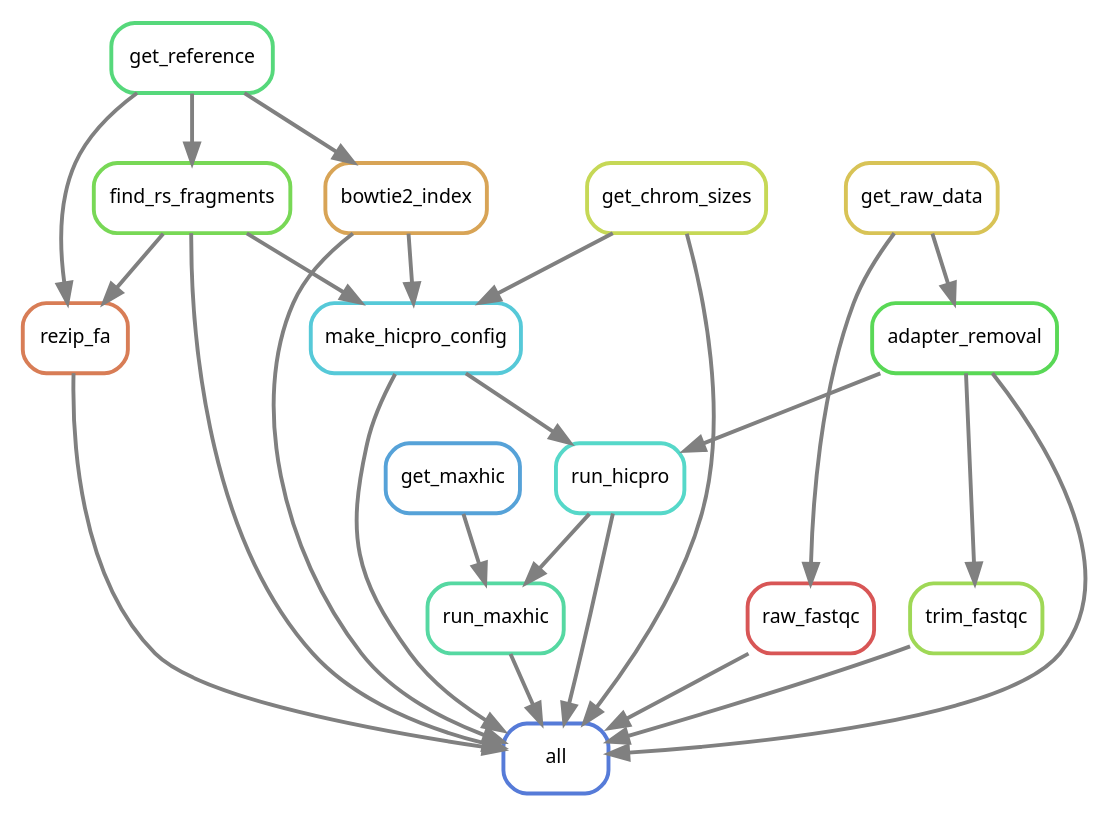
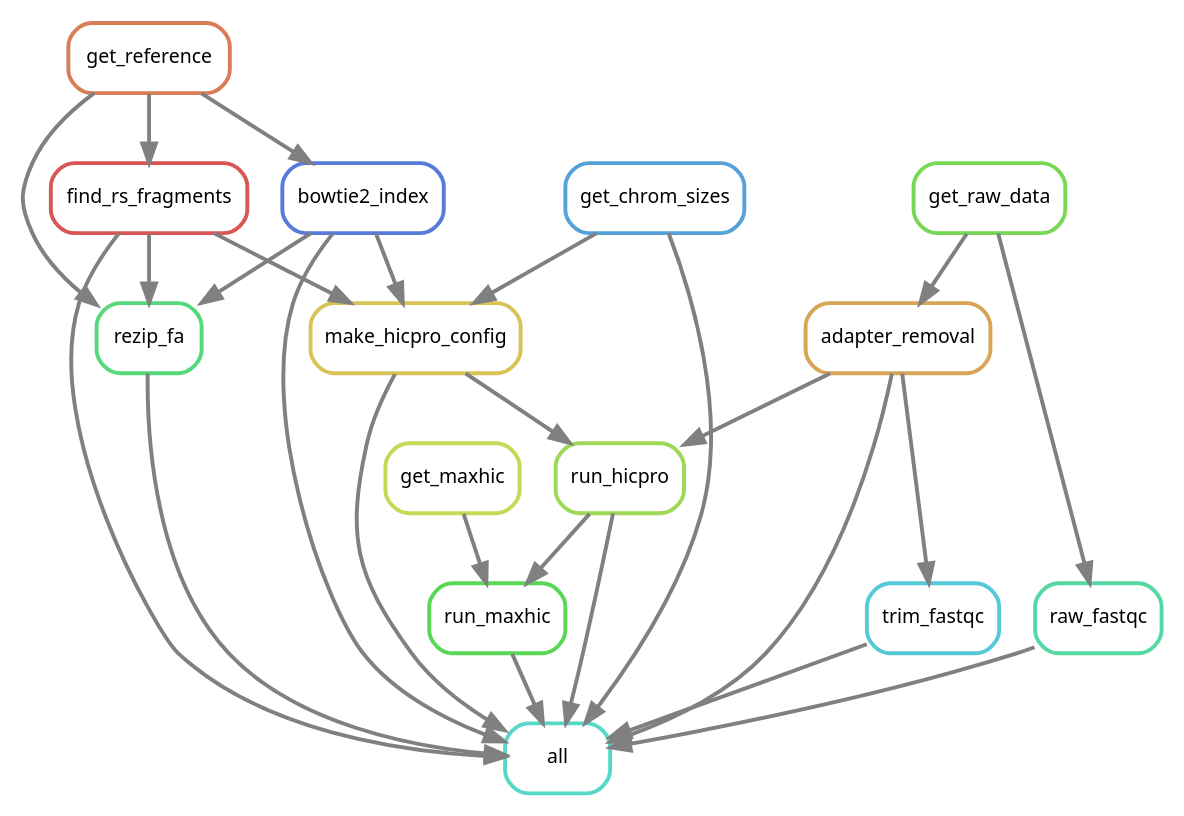
The diagram in output/rulegraph.dot (DRMCRL/ENCODE_T47D_HiC_ENCSR549MGQ), drawn with Graphviz before and after one commit. The commit also changed 4 other files, not shown here.

```diff
--- a/output/rulegraph.dot
+++ b/output/rulegraph.dot
@@ -1,43 +1,44 @@
 digraph snakemake_dag {
     graph[bgcolor=white, margin=0];
     node[shape=box, style=rounded, fontname=sans,                 fontsize=10, penwidth=2];
     edge[penwidth=2, color=grey];
-	0[label = "all", color = "0.62 0.6 0.85", style="rounded"];
-	1[label = "trim_fastqc", color = "0.24 0.6 0.85", style="rounded"];
-	2[label = "run_hicpro", color = "0.48 0.6 0.85", style="rounded"];
-	3[label = "adapter_removal", color = "0.33 0.6 0.85", style="rounded"];
-	4[label = "raw_fastqc", color = "0.00 0.6 0.85", style="rounded"];
-	5[label = "bowtie2_index", color = "0.10 0.6 0.85", style="rounded"];
-	6[label = "get_chrom_sizes", color = "0.19 0.6 0.85", style="rounded"];
-	7[label = "run_maxhic", color = "0.43 0.6 0.85", style="rounded"];
-	8[label = "find_rs_fragments", color = "0.29 0.6 0.85", style="rounded"];
-	9[label = "make_hicpro_config", color = "0.52 0.6 0.85", style="rounded"];
-	10[label = "rezip_fa", color = "0.05 0.6 0.85", style="rounded"];
-	11[label = "get_raw_data", color = "0.14 0.6 0.85", style="rounded"];
-	12[label = "get_reference", color = "0.38 0.6 0.85", style="rounded"];
-	13[label = "get_maxhic", color = "0.57 0.6 0.85", style="rounded"];
+	0[label = "all", color = "0.48 0.6 0.85", style="rounded"];
+	1[label = "trim_fastqc", color = "0.52 0.6 0.85", style="rounded"];
+	2[label = "bowtie2_index", color = "0.62 0.6 0.85", style="rounded"];
+	3[label = "run_hicpro", color = "0.24 0.6 0.85", style="rounded"];
+	4[label = "rezip_fa", color = "0.38 0.6 0.85", style="rounded"];
+	5[label = "raw_fastqc", color = "0.43 0.6 0.85", style="rounded"];
+	6[label = "find_rs_fragments", color = "0.00 0.6 0.85", style="rounded"];
+	7[label = "adapter_removal", color = "0.10 0.6 0.85", style="rounded"];
+	8[label = "run_maxhic", color = "0.33 0.6 0.85", style="rounded"];
+	9[label = "make_hicpro_config", color = "0.14 0.6 0.85", style="rounded"];
+	10[label = "get_chrom_sizes", color = "0.57 0.6 0.85", style="rounded"];
+	11[label = "get_reference", color = "0.05 0.6 0.85", style="rounded"];
+	12[label = "get_raw_data", color = "0.29 0.6 0.85", style="rounded"];
+	13[label = "get_maxhic", color = "0.19 0.6 0.85", style="rounded"];
+	6 -> 0
+	7 -> 0
+	9 -> 0
+	3 -> 0
+	8 -> 0
 	4 -> 0
+	5 -> 0
+	1 -> 0
 	10 -> 0
-	5 -> 0
-	6 -> 0
-	1 -> 0
-	8 -> 0
-	3 -> 0
-	7 -> 0
 	2 -> 0
-	9 -> 0
-	3 -> 1
-	3 -> 2
-	9 -> 2
-	11 -> 3
+	7 -> 1
+	11 -> 2
+	9 -> 3
+	7 -> 3
+	6 -> 4
 	11 -> 4
+	2 -> 4
 	12 -> 5
-	2 -> 7
-	13 -> 7
-	12 -> 8
+	11 -> 6
+	12 -> 7
+	3 -> 8
+	13 -> 8
 	6 -> 9
-	8 -> 9
-	5 -> 9
-	12 -> 10
-	8 -> 10
+	2 -> 9
+	10 -> 9
 }            
```
